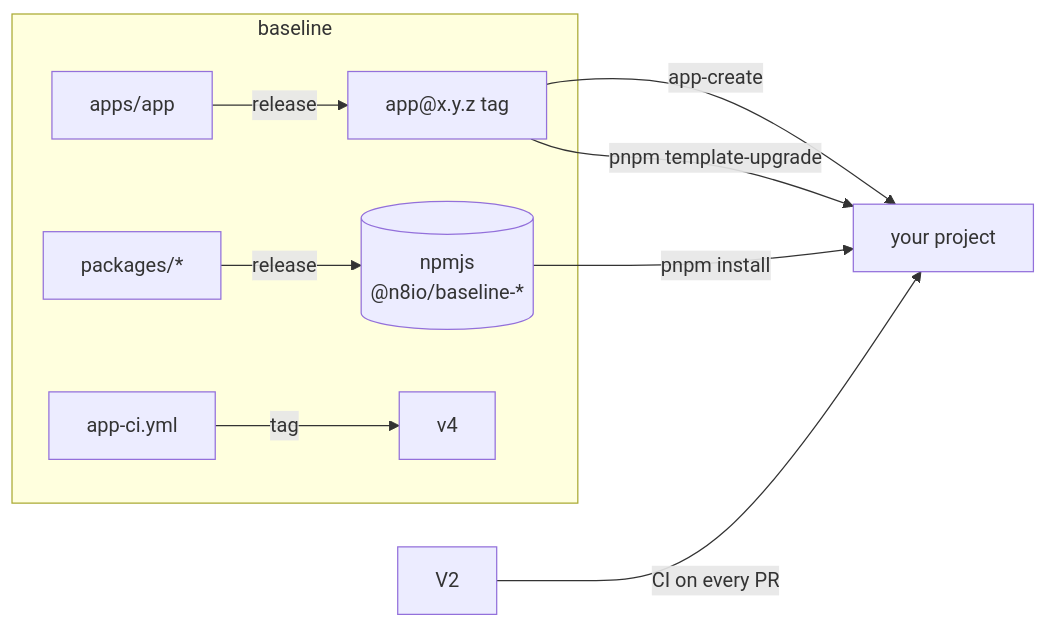
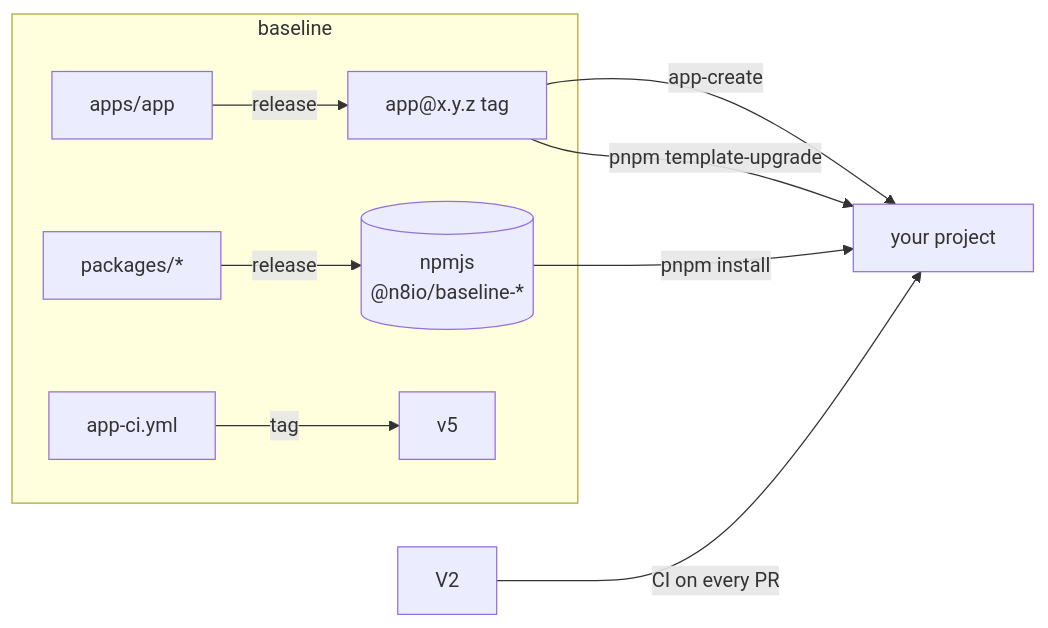
The diagram in README.md (n8io/baseline), drawn with Mermaid before and after one commit. The commit also changed other lines of this file and 30 other files, not shown here.

````diff
--- a/README.md
+++ b/README.md
@@ -11,12 +11,12 @@
 ```mermaid
 flowchart LR
   subgraph baseline
     P["packages/*"] -->|release| GP[("npmjs<br/>@n8io/baseline-*")]
     T["apps/app"] -->|release| R["app@x.y.z tag"]
-    W["app-ci.yml"] -->|tag| V4["v4"]
+    W["app-ci.yml"] -->|tag| V5["v5"]
   end
   R -->|app-create| Y["your project"]
   R -->|pnpm template-upgrade| Y
   GP -->|pnpm install| Y
   V2 -->|CI on every PR| Y
 ```
````
